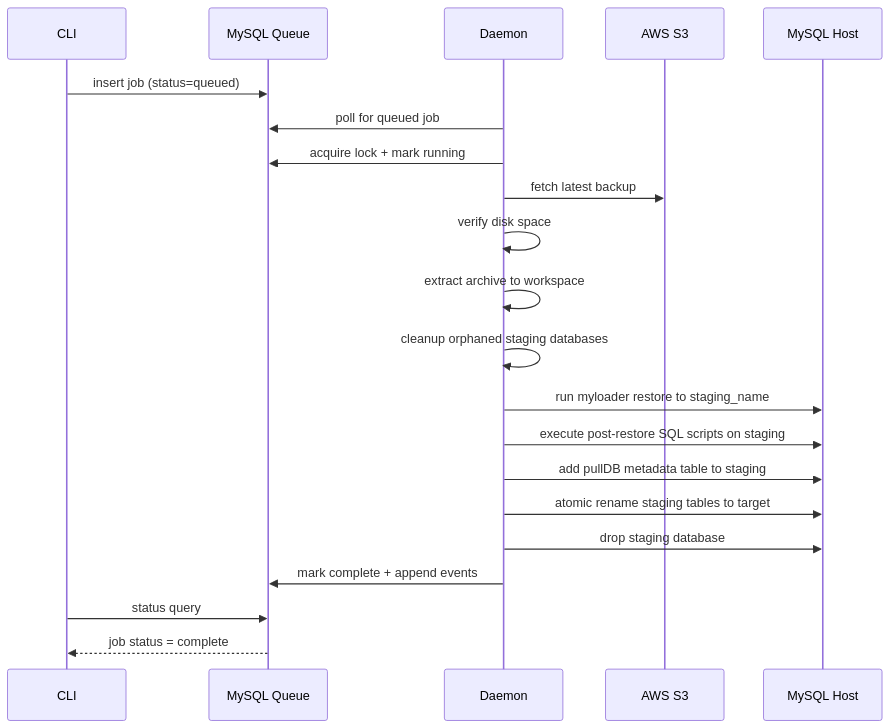
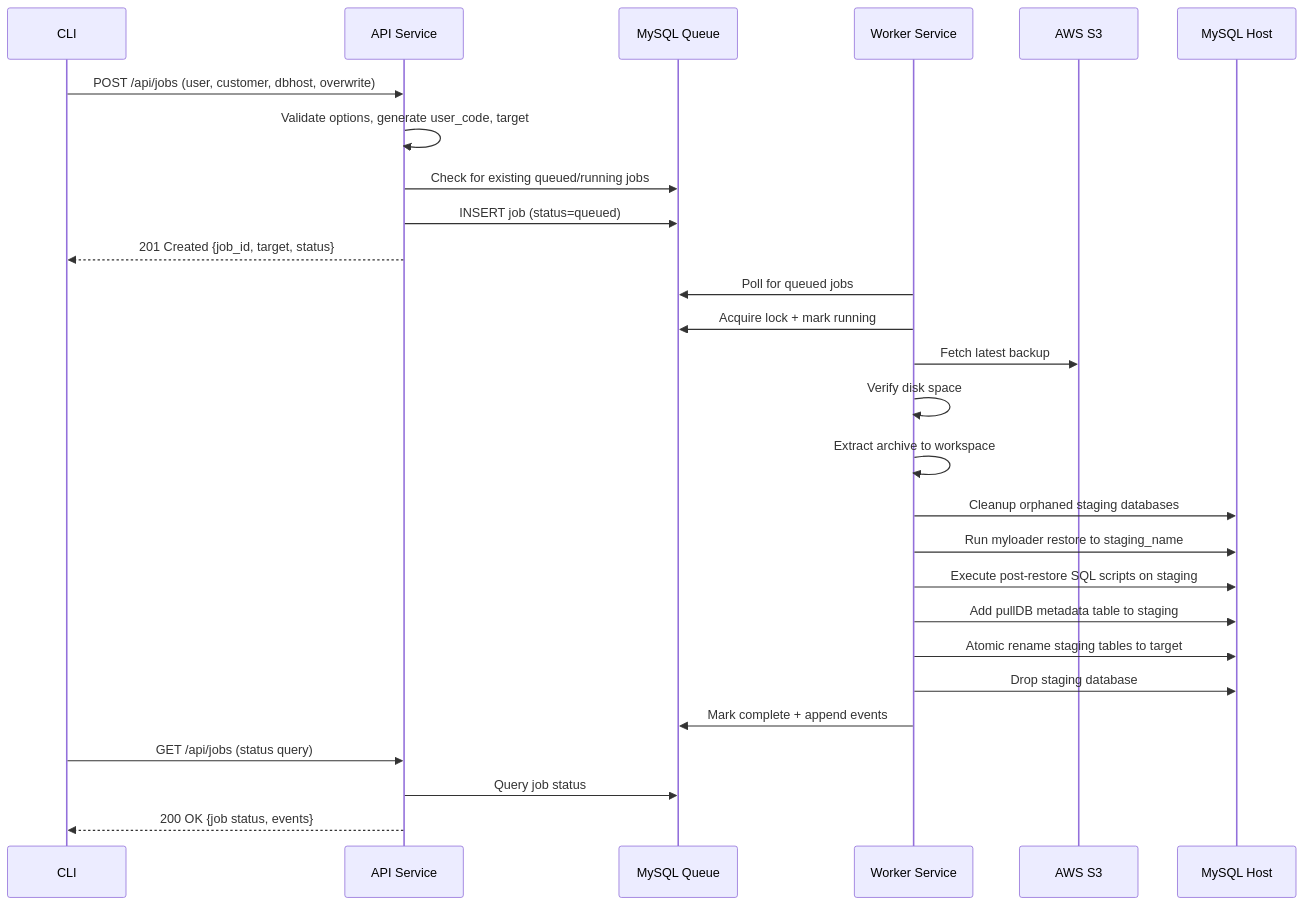
The diagram in design/diagrams/restore-lifecycle.mmd (CharlesHandshy/pullDB), drawn with Mermaid before and after one commit. The commit also changed other lines of this file and 27 other files, not shown here.

```diff
--- a/design/diagrams/restore-lifecycle.mmd
+++ b/design/diagrams/restore-lifecycle.mmd
@@ -1,23 +1,29 @@
 %% Mermaid sequence diagram for restore lifecycle
 sequenceDiagram
   participant CLI as CLI
+  participant API as API Service
   participant DB as MySQL Queue
-  participant D as Daemon
+  participant W as Worker Service
   participant S3 as AWS S3
   participant MySQL as MySQL Host
 
-  CLI->>DB: insert job (status=queued)
-  D->>DB: poll for queued job
-  D->>DB: acquire lock + mark running
-  D->>S3: fetch latest backup
-  D->>D: verify disk space
-  D->>D: extract archive to workspace
-  D->>D: cleanup orphaned staging databases
-  D->>MySQL: run myloader restore to staging_name
-  D->>MySQL: execute post-restore SQL scripts on staging
-  D->>MySQL: add pullDB metadata table to staging
-  D->>MySQL: atomic rename staging tables to target
-  D->>MySQL: drop staging database
-  D->>DB: mark complete + append events
-  CLI->>DB: status query
-  DB-->>CLI: job status = complete
+  CLI->>API: POST /api/jobs (user, customer, dbhost, overwrite)
+  API->>API: Validate options, generate user_code, target
+  API->>DB: Check for existing queued/running jobs
+  API->>DB: INSERT job (status=queued)
+  API-->>CLI: 201 Created {job_id, target, status}
+  W->>DB: Poll for queued jobs
+  W->>DB: Acquire lock + mark running
+  W->>S3: Fetch latest backup
+  W->>W: Verify disk space
+  W->>W: Extract archive to workspace
+  W->>MySQL: Cleanup orphaned staging databases
+  W->>MySQL: Run myloader restore to staging_name
+  W->>MySQL: Execute post-restore SQL scripts on staging
+  W->>MySQL: Add pullDB metadata table to staging
+  W->>MySQL: Atomic rename staging tables to target
+  W->>MySQL: Drop staging database
+  W->>DB: Mark complete + append events
+  CLI->>API: GET /api/jobs (status query)
+  API->>DB: Query job status
+  API-->>CLI: 200 OK {job status, events}
```
